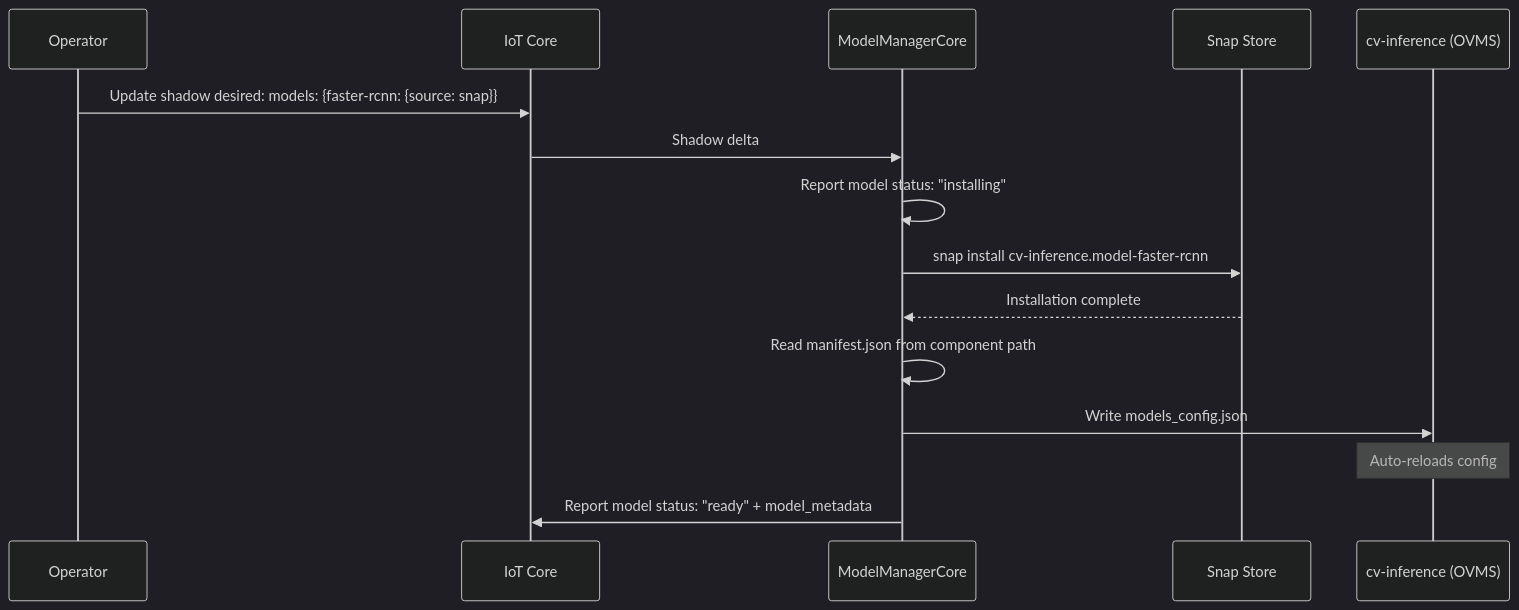
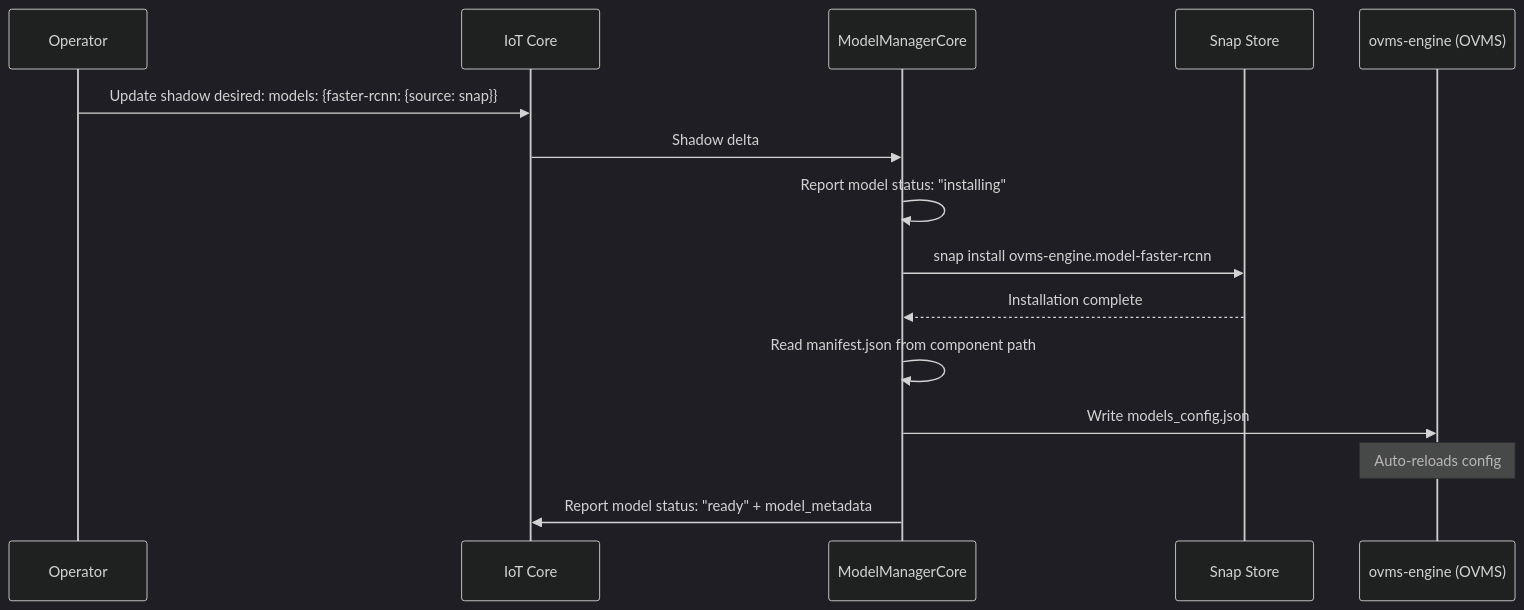
Before and after one commit to gemmerton/sample-greengrass-ubuntucore-computervision: the third of 4 diagrams in .kiro/specs/dynamic-model-management/design.md, drawn with Mermaid (dark theme). The commit also changed other lines of this file and 12 other files, not shown here.

First line of the commit message:
Complete cv-inference to ovms-engine migration cleanup

````diff
--- a/.kiro/specs/dynamic-model-management/design.md
+++ b/.kiro/specs/dynamic-model-management/design.md
@@ -295,18 +295,18 @@
 ```mermaid
 sequenceDiagram
     participant Op as Operator
     participant IoT as IoT Core
     participant MM as ModelManagerCore
     participant Snap as Snap Store
-    participant OVMS as cv-inference (OVMS)
+    participant OVMS as ovms-engine (OVMS)
 
     Op->>IoT: Update shadow desired: models: {faster-rcnn: {source: snap}}
     IoT->>MM: Shadow delta
     MM->>MM: Report model status: "installing"
-    MM->>Snap: snap install cv-inference.model-faster-rcnn
+    MM->>Snap: snap install ovms-engine.model-faster-rcnn
     Snap-->>MM: Installation complete
     MM->>MM: Read manifest.json from component path
     MM->>OVMS: Write models_config.json
     Note over OVMS: Auto-reloads config
     MM->>IoT: Report model status: "ready" + model_metadata
 ```
````
